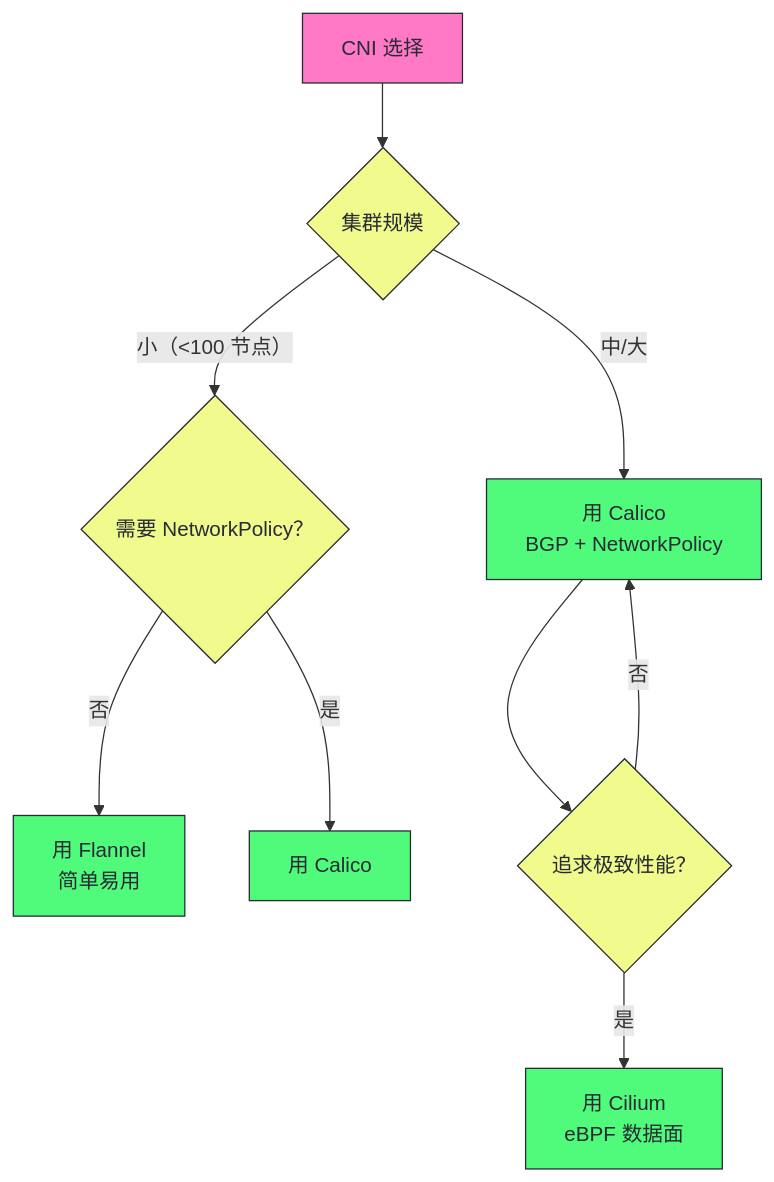
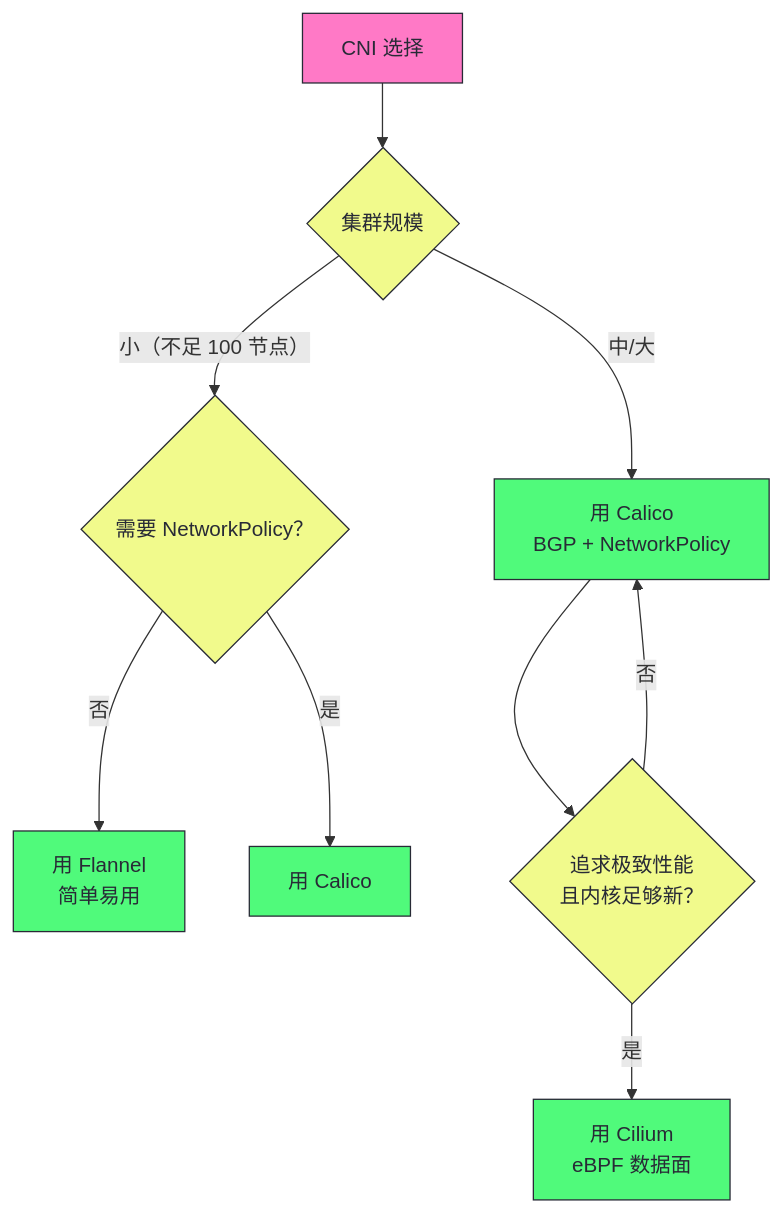
The fifth of 5 diagrams in content/云原生/Kubernetes/Kubernetes架构深度剖析/15 CNI 网络模型与数据面对比：Flannel Calico Cilium.md (hpliStartAgain/my-brain), drawn with Mermaid before and after one commit. The commit also changed other lines of this file and 259 other files, not shown here.

````diff
--- a/content/云原生/Kubernetes/Kubernetes架构深度剖析/15 CNI 网络模型与数据面对比：Flannel Calico Cilium.md
+++ b/content/云原生/Kubernetes/Kubernetes架构深度剖析/15 CNI 网络模型与数据面对比：Flannel Calico Cilium.md
@@ -383,24 +614,24 @@
 ```mermaid
 %%{init: {'theme': 'dracula'}}%%
 graph TD
     Need["CNI 选择"] --> Scale{"集群规模"}
-    Scale -->|"小（<100 节点）"| NP{"需要 NetworkPolicy？"}
+    Scale -->|"小（不足 100 节点）"| NP{"需要 NetworkPolicy？"}
     Scale -->|"中/大"| Calico["用 Calico<br/>BGP + NetworkPolicy"]
     NP -->|"否"| Flannel["用 Flannel<br/>简单易用"]
     NP -->|"是"| Calico2["用 Calico"]
-    Calico --> Perf{"追求极致性能？"}
+    Calico --> Perf{"追求极致性能<br/>且内核足够新？"}
     Perf -->|"是"| Cilium["用 Cilium<br/>eBPF 数据面"]
     Perf -->|"否"| Calico
 
     classDef need fill:#ff79c6,stroke:#282a36,color:#282a36
     classDef scale fill:#f1fa8c,stroke:#282a36,color:#282a36
     classDef choice fill:#50fa7b,stroke:#282a36,color:#282a36
     class Need need
     class Scale scale
     class NP scale
     class Perf scale
     class Flannel choice
     class Calico choice
     class Calico2 choice
     class Cilium choice
 ```
````
